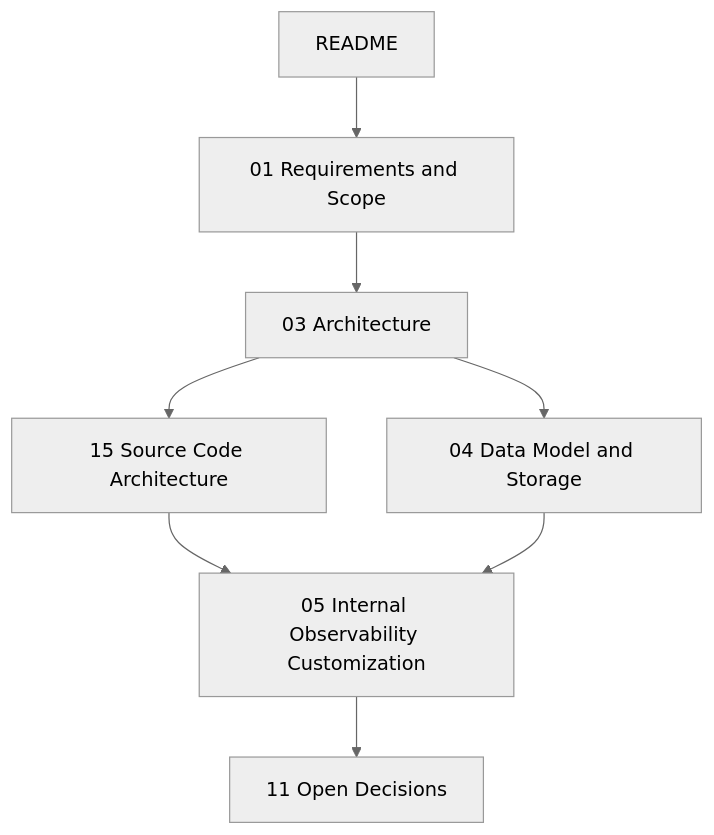
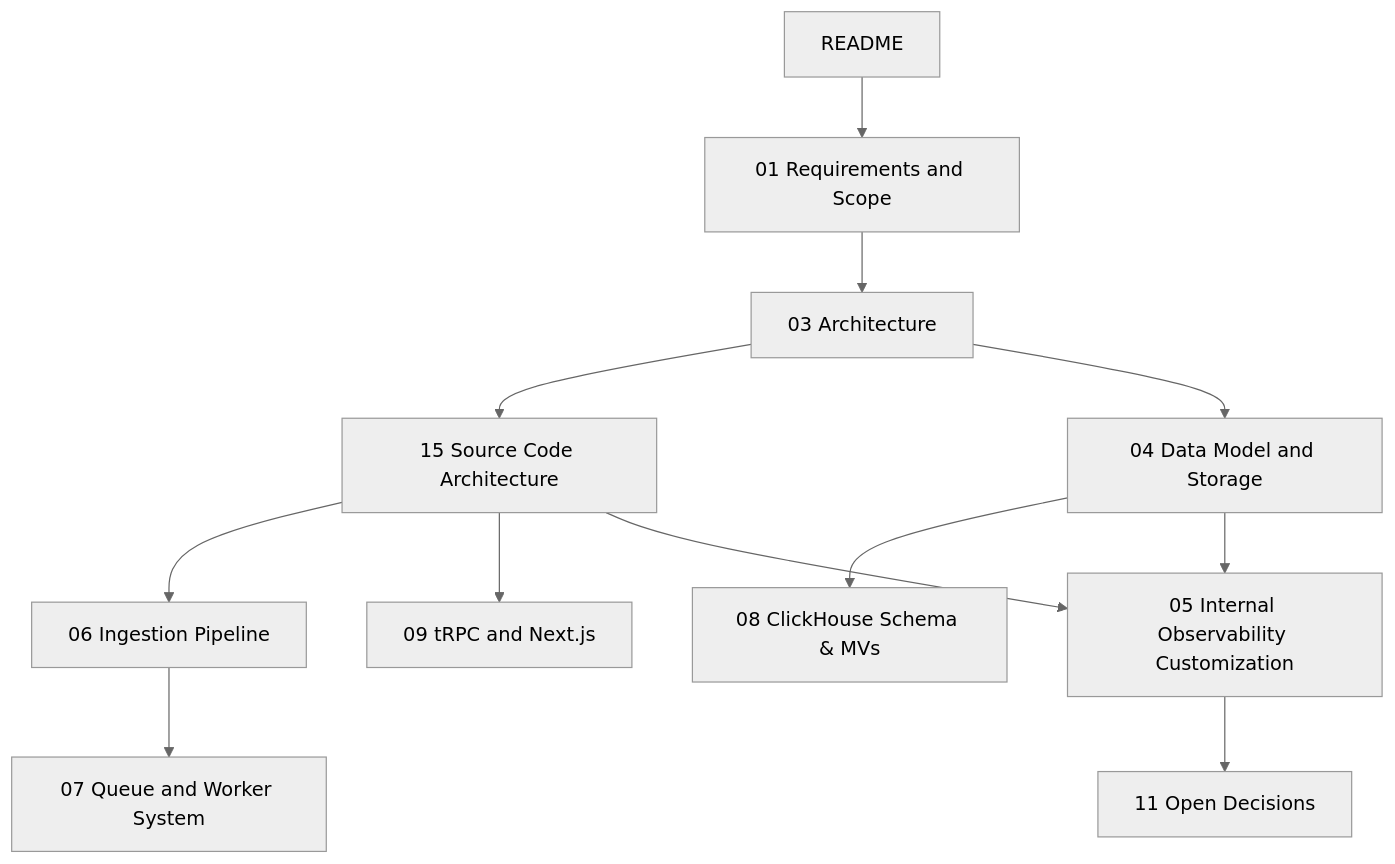
Before and after one commit to dhs-shine/langfuse: the diagram in docs/README.md, drawn with Mermaid (neutral theme). The commit also changed other lines of this file and 4 other files, not shown here.

Commit message:
docs: add architecture deep dive documentation covering ingestion, queue systems, ClickHouse schemas, and tRPC integration

````diff
--- a/docs/README.md
+++ b/docs/README.md
@@ -57,10 +59,16 @@
 ```mermaid
 flowchart TD
   R[README] --> F[01 Requirements and Scope]
   F --> A[03 Architecture]
   A --> SA[15 Source Code Architecture]
   A --> DM[04 Data Model and Storage]
+  
+  SA --> IP[06 Ingestion Pipeline]
+  IP --> QW[07 Queue and Worker System]
+  DM --> CH[08 ClickHouse Schema & MVs]
+  SA --> TR[09 tRPC and Next.js]
+  
   SA --> CI[05 Internal Observability Customization]
   DM --> CI
   CI --> OD[11 Open Decisions]
 ```
````
